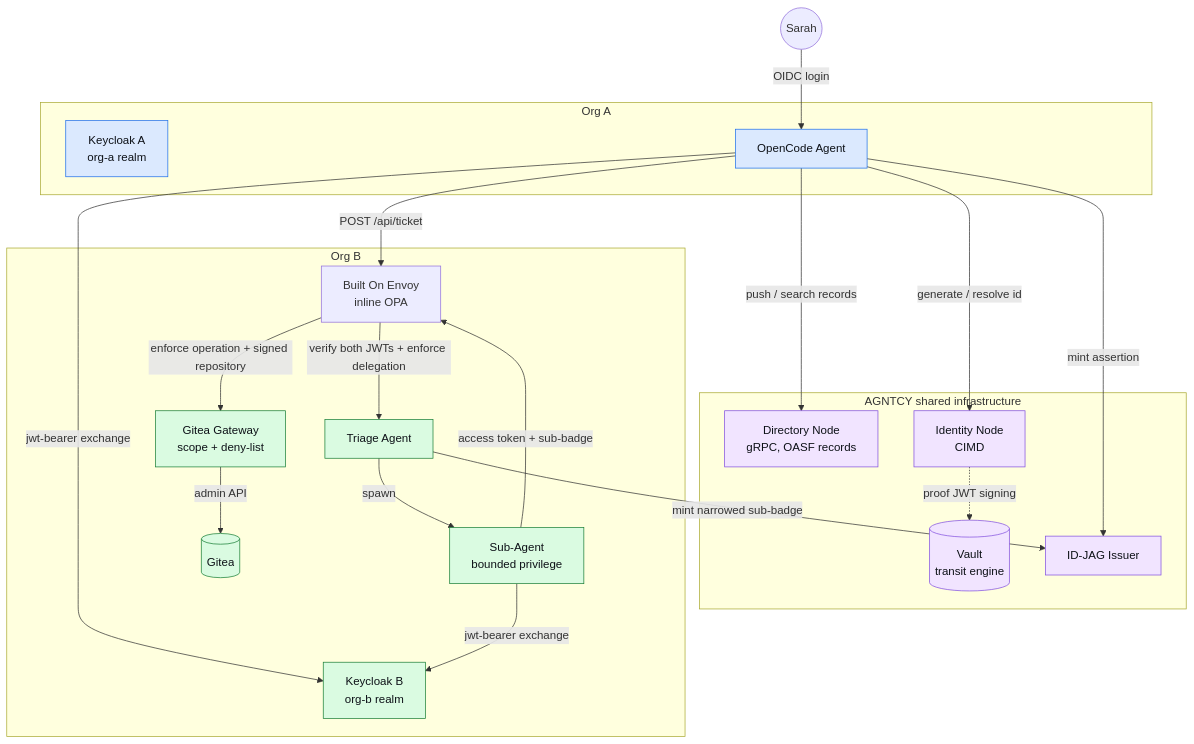
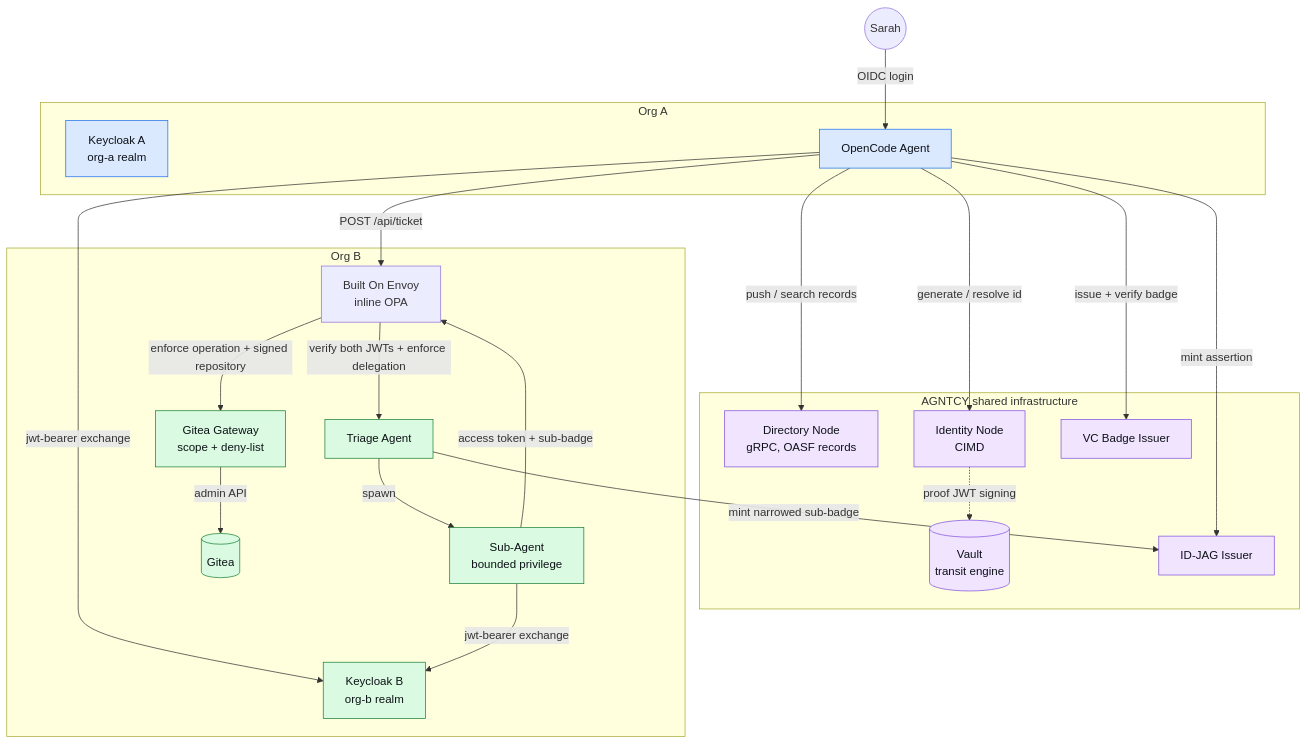
The first of 2 diagrams in cross-domain-id-jag-vc/README.md (agntcy/agent-identity-demos), drawn with Mermaid before and after one commit. The commit also changed other lines of this file and 9 other files, not shown here.

````diff
--- a/cross-domain-id-jag-vc/README.md
+++ b/cross-domain-id-jag-vc/README.md
@@ -47,47 +47,49 @@
 ```mermaid
 flowchart TB
     Sarah(("Sarah"))
 
     subgraph OrgA[" Org A "]
         KCA["Keycloak A\norg-a realm"]
         OC["OpenCode Agent"]
     end
 
     subgraph AGNTCY[" AGNTCY shared infrastructure "]
         Dir["Directory Node\ngRPC, OASF records"]
         IdNode["Identity Node\nCIMD"]
         Vault[("Vault\ntransit engine")]
+        VC["VC Badge Issuer"]
         IDJAG["ID-JAG Issuer"]
     end
 
     subgraph OrgB[" Org B "]
         KCB["Keycloak B\norg-b realm"]
         Envoy["Built On Envoy\ninline OPA"]
         Triage["Triage Agent"]
         Sub["Sub-Agent\nbounded privilege"]
         GW["Gitea Gateway\nscope + deny-list"]
         Gitea[("Gitea")]
     end
 
     Sarah -->|"OIDC login"| OC
     OC -->|"push / search records"| Dir
     OC -->|"generate / resolve id"| IdNode
     IdNode -.->|"proof JWT signing"| Vault
+    OC -->|"issue + verify badge"| VC
     OC -->|"mint assertion"| IDJAG
     OC -->|"jwt-bearer exchange"| KCB
     OC -->|"POST /api/ticket"| Envoy
     Envoy -->|"verify both JWTs + enforce delegation"| Triage
     Triage -->|"mint narrowed sub-badge"| IDJAG
     Triage -->|"spawn"| Sub
     Sub -->|"jwt-bearer exchange"| KCB
     Sub -->|"access token + sub-badge"| Envoy
     Envoy -->|"enforce operation + signed repository"| GW
     GW -->|"admin API"| Gitea
 
     classDef orgA fill:#dbe9fe,stroke:#1f6feb,color:#0d1117;
     classDef orgB fill:#dafbe1,stroke:#1a7f37,color:#0d1117;
     classDef shared fill:#f1e4ff,stroke:#8250df,color:#0d1117;
     class KCA,OC orgA;
     class KCB,Triage,Sub,GW,Gitea orgB;
-    class Dir,IdNode,Vault,IDJAG shared;
+    class Dir,IdNode,Vault,VC,IDJAG shared;
 ```
````
